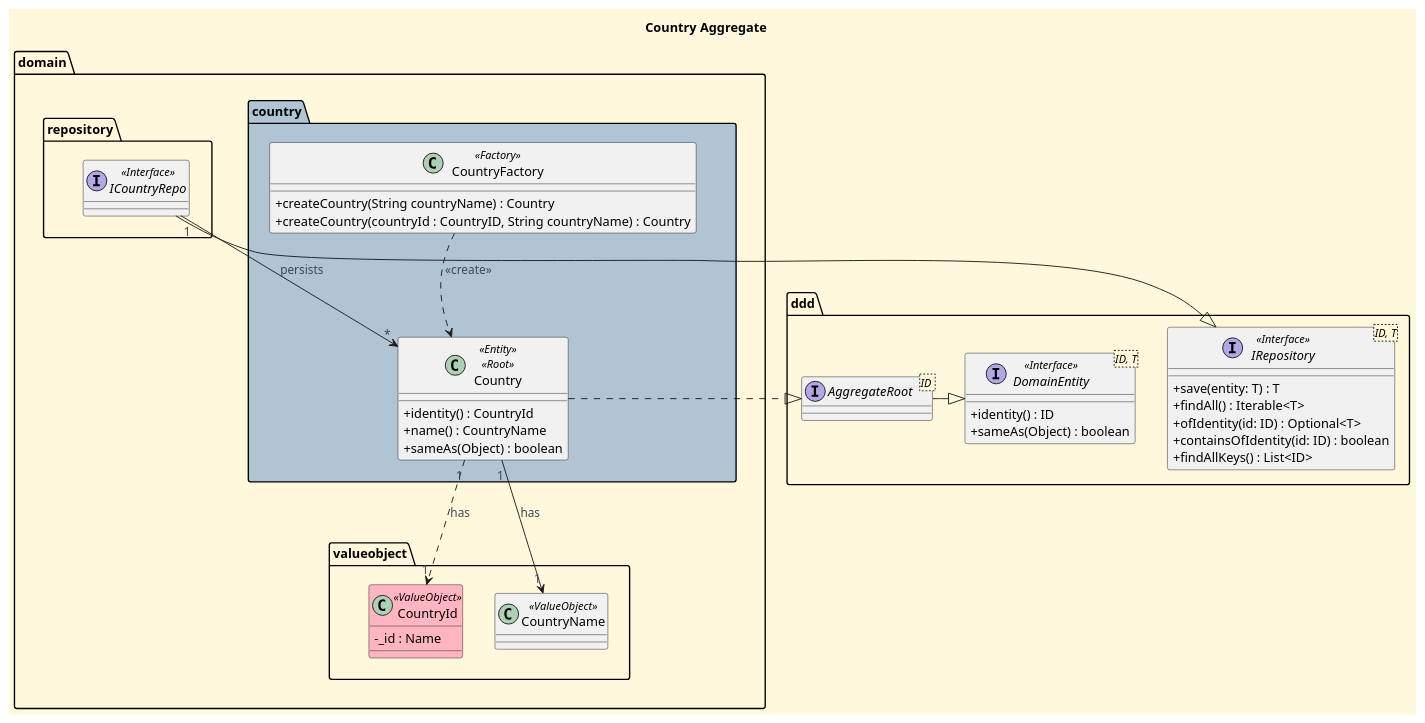
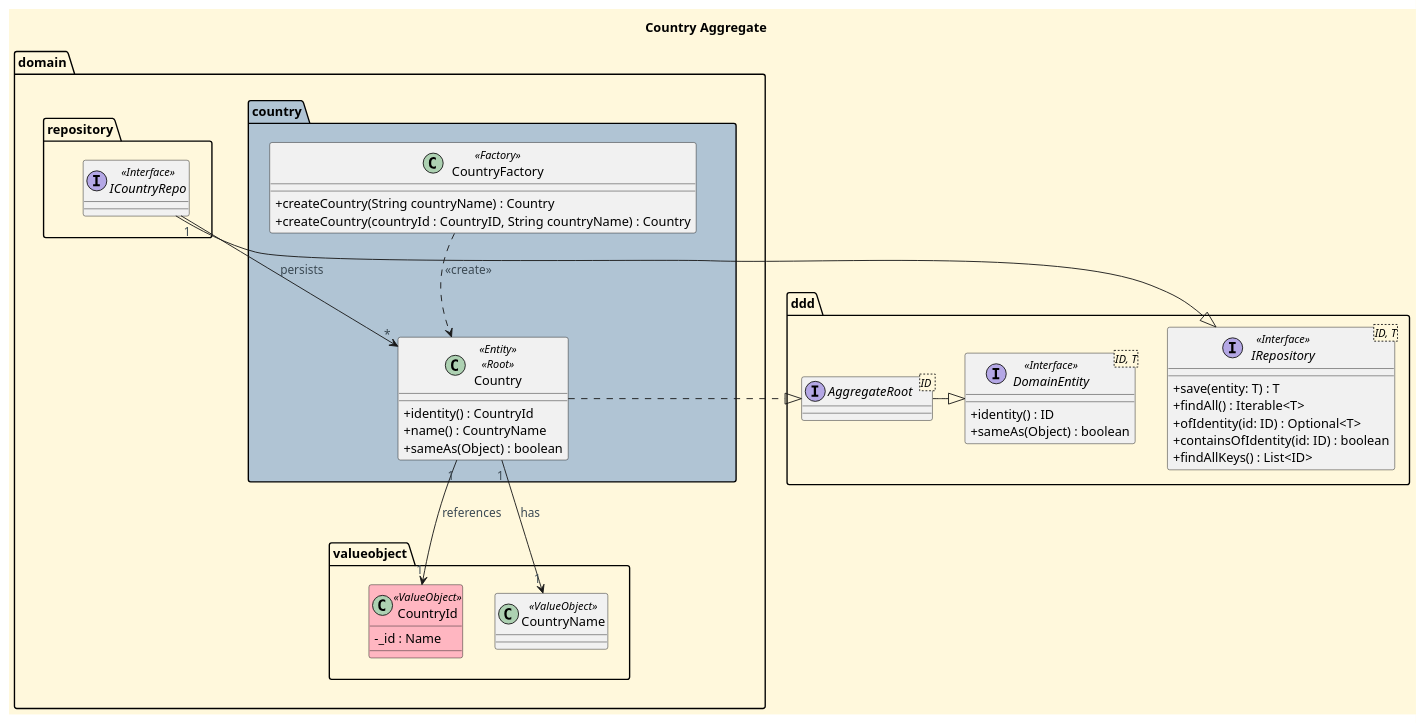
One commit to CarolinaLeite-collab/JavaMarketplacePlatform changed the diagram in docs/aggregates-diagrams/Country_Aggregate.puml. Above: the diagram before and after it, drawn with PlantUML.

Commit message:
refs #648 small fixes

```diff
--- a/docs/aggregates-diagrams/Country_Aggregate.puml
+++ b/docs/aggregates-diagrams/Country_Aggregate.puml
@@ -1,85 +1,85 @@
 @startuml
 
 title Country Aggregate
 
 '==== basic style ====
 skinparam monochrome false
 skinparam shadowing false
 skinparam defaultFontName Futura
 skinparam objectFontSize 20
 skinparam backgroundColor CornSilk
 skinparam objectBackgroundColor WhiteSmoke
 skinparam noteBackgroundColor #FFFFE0
 skinparam ArrowFontColor #3B4953
 skinparam ActivationBackgroundColor black
 skinparam classAttributeIconSize 0
 
 top to bottom direction
 
 Package "domain" {
 
     Package "country" <<Folder>> #b0c4d4 {
         class Country <<Entity>> <<Root>> {
             +identity() : CountryId
             +name() : CountryName
             +sameAs(Object) : boolean
         }
 
         class CountryFactory <<Factory>> {
             +createCountry(String countryName) : Country
             +createCountry(countryId : CountryID, String countryName) : Country
         }
     }
 
     Package "valueobject" <<Folder>> {
         class CountryId <<ValueObject>> #LightPink {
         -_id : Name
         }
 
         class CountryName <<ValueObject>> {
         }
     }
 
     Package "repository" <<Folder>> {
         interface ICountryRepo <<Interface>> {
         }
     }
 
     ' Layout adjustments
     valueobject -[hidden]right- repository
     country -[hidden]down- valueobject
 }
 
 Package "ddd" {
     interface "IRepository<ID, T>" as IRepository <<Interface>> {
         +save(entity: T) : T
         +findAll() : Iterable<T>
         +ofIdentity(id: ID) : Optional<T>
         +containsOfIdentity(id: ID) : boolean
         +findAllKeys() : List<ID>
     }
 
     interface AggregateRoot <ID >{
     }
 
     interface DomainEntity<ID, T> <<Interface>> {
         +identity() : ID
         +sameAs(Object) : boolean
     }
 }
 
 ' ===== Relations =====
 
-Country "1" ..> "1" CountryId : has
+Country "1" --> "1" CountryId : references
 Country "1" --> "1" CountryName : has
 
 ICountryRepo -|> IRepository
 ICountryRepo "1" --> "*" Country : persists
 
 CountryFactory ..> Country : <<create>>
 
 AggregateRoot -|> DomainEntity
 Country .|> AggregateRoot
 
 
 @enduml
```
